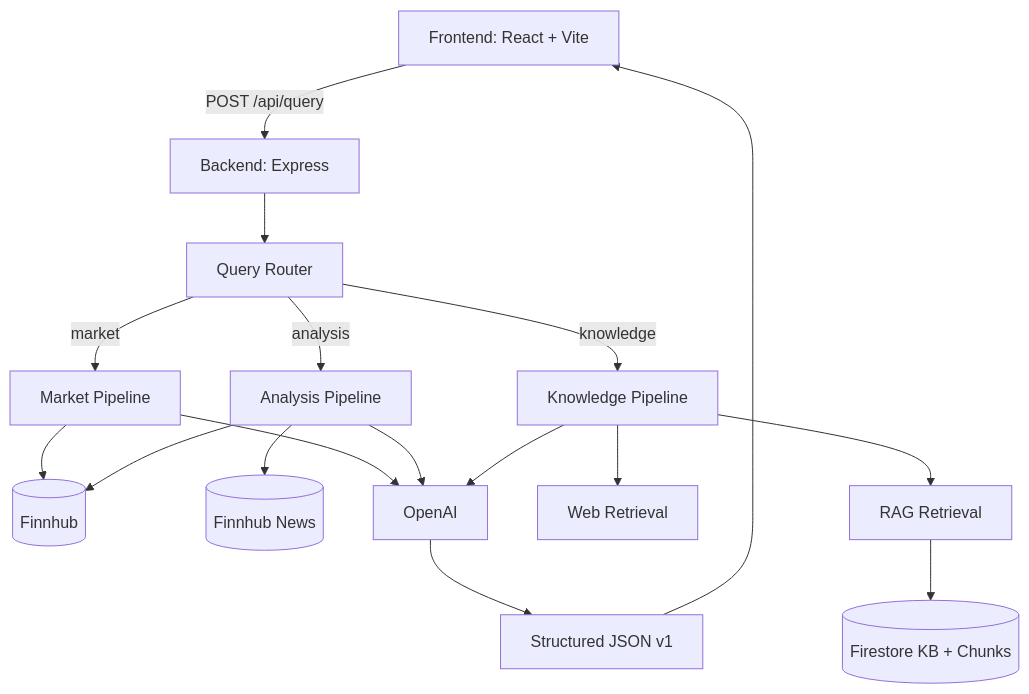
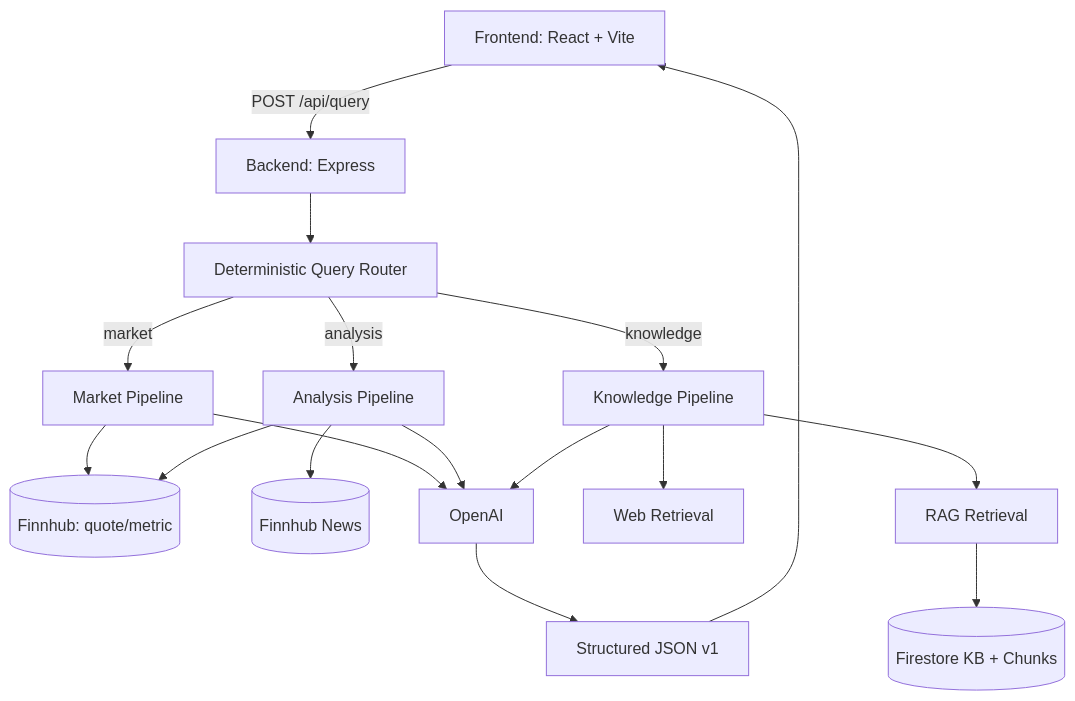
Before and after one commit to YanmiYu/FinAI: the first of 2 diagrams in README.md, drawn with Mermaid. The commit also changed other lines of this file, not shown here.

````diff
--- a/README.md
+++ b/README.md
@@ -39,22 +29,22 @@
 ```mermaid
 flowchart TD
   UI[Frontend: React + Vite] -->|POST /api/query| API[Backend: Express]
-  API --> Router[Query Router]
+  API --> Router[Deterministic Query Router]
   Router -->|market| Market[Market Pipeline]
   Router -->|analysis| Analysis[Analysis Pipeline]
   Router -->|knowledge| Knowledge[Knowledge Pipeline]
 
-  Market --> Finnhub[(Finnhub)]
+  Market --> Finnhub[(Finnhub: quote/metric)]
   Analysis --> Finnhub
   Analysis --> News[(Finnhub News)]
   Knowledge --> RAG[RAG Retrieval]
   RAG --> Firestore[(Firestore KB + Chunks)]
   Knowledge --> Web[Web Retrieval]
 
   Market --> LLM[OpenAI]
   Analysis --> LLM
   Knowledge --> LLM
 
   LLM --> Contract[Structured JSON v1]
   Contract --> UI
 ```
````
